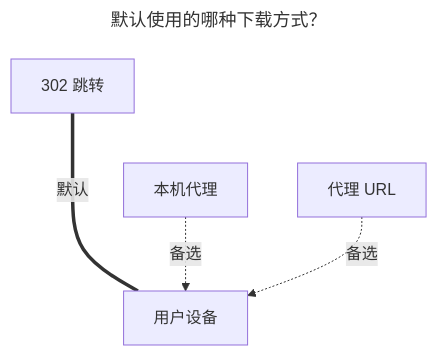
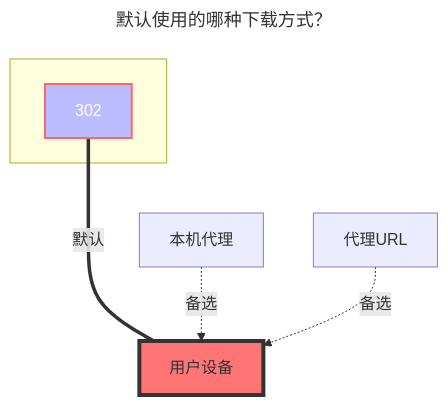
One commit to OpenListTeam/OpenList-Docs changed the second of 2 diagrams in pages/guide/drivers/139.md. Above: the diagram before and after it, drawn with Mermaid. The commit also changed other lines of this file, not shown here.

Commit message:
docs: restore 139Yun diagram rendering

````diff
--- a/pages/guide/drivers/139.md
+++ b/pages/guide/drivers/139.md
@@ -407,12 +413,18 @@
 ```mermaid
 ---
 title: 默认使用的哪种下载方式？
 ---
 flowchart TB
-    a1[302 跳转]====|默认|a2[用户设备]
-    c1[本机代理]-.备选.->a2
-    b1[代理 URL]-.备选.->a2
+    style a1 fill:#bbf,stroke:#f66,stroke-width:2px,color:#fff
+    style a2 fill:#ff7575,stroke:#333,stroke-width:4px
+    subgraph ide1 [ ]
+    a1
+    end
+    a1[302]:::someclass====|默认|a2[用户设备]
+    classDef someclass fill:#f96
+    c1[本机代理]-.备选.->a2[用户设备]
+    b1[代理URL]-.备选.->a2[用户设备]
     click a1 "../drivers/common.html#webdav-策略"
     click b1 "../drivers/common.html#webdav-策略"
     click c1 "../drivers/common.html#webdav-策略"
 ```
````
